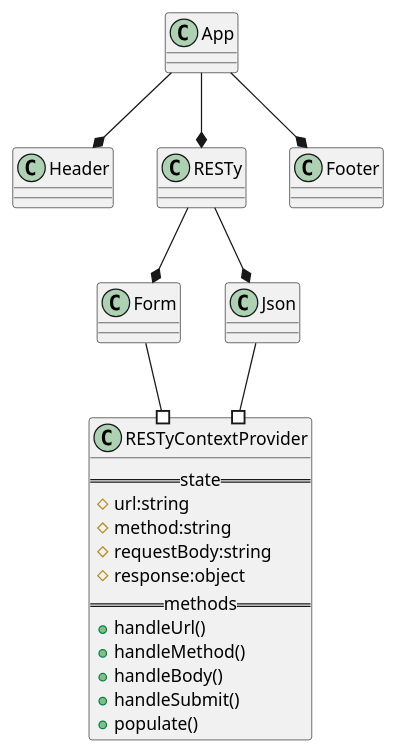
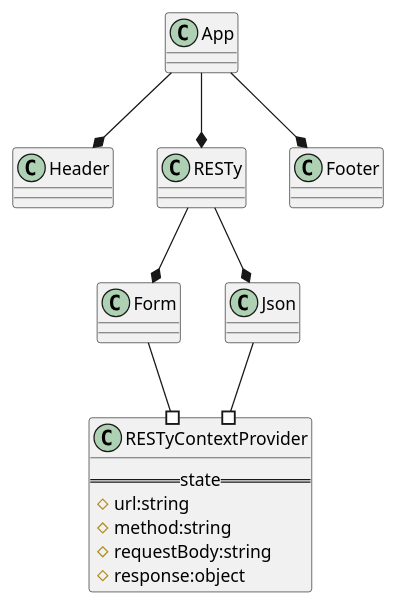
One commit to 401-advanced-javascript-joejemmely/block-07 changed the diagram in uml.plantuml. Above: the diagram before and after it, drawn with PlantUML. The commit also changed 1 other file, not shown here.

Commit message:
Update uml

```diff
--- a/uml.plantuml
+++ b/uml.plantuml
@@ -1,48 +1,42 @@
 @startuml block-07
 
 class App {
 }
 
 class Header {
 }
 
 
 class RESTy {
 }
 
 class Form {
 
 }
 
 class Json {
 
 }
 
 
 class Footer {
 }
 
 class RESTyContextProvider {
   ==state==
   # url:string
   # method:string
   # requestBody:string
   # response:object
-  ==methods==
-  +handleUrl()
-  +handleMethod()
-  +handleBody()
-  +handleSubmit()
-  +populate()
 }
 
 
 App --* Header
 App --* RESTy
 RESTy --* Form
 RESTy --* Json
 Form --# RESTyContextProvider
 Json --# RESTyContextProvider
 App --* Footer
 
 @enduml
```
